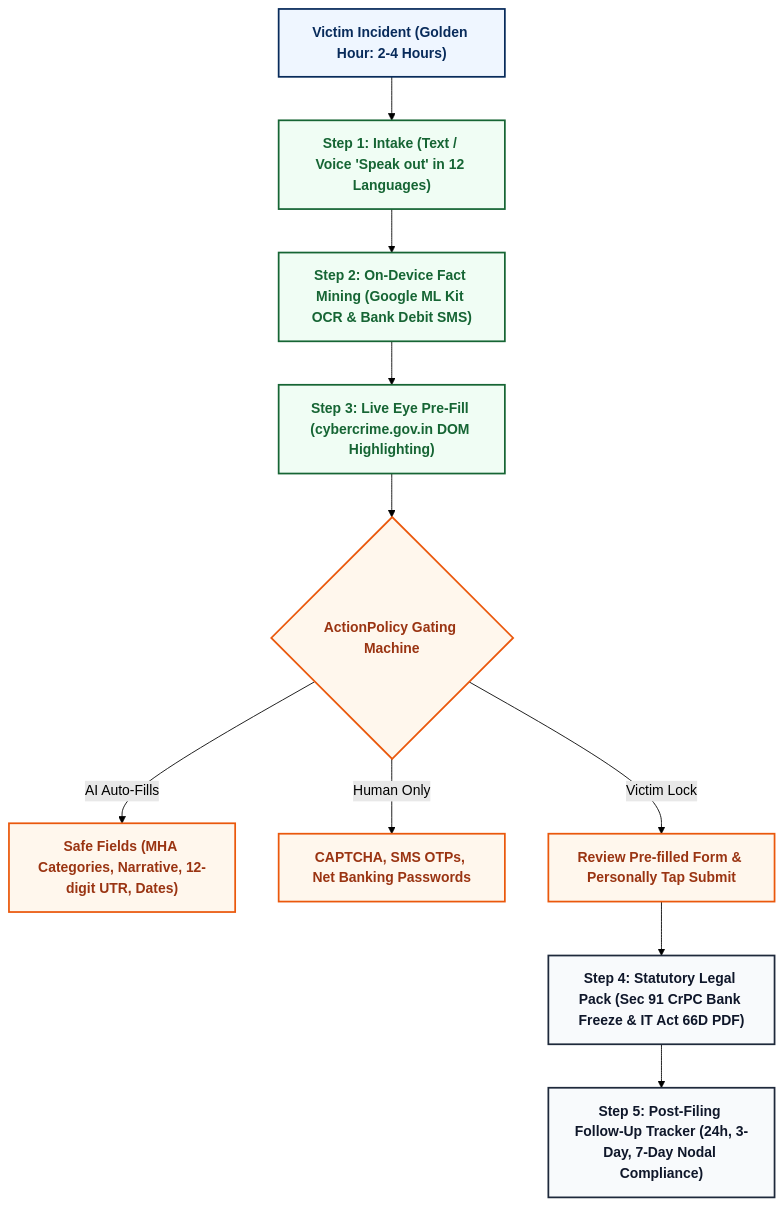
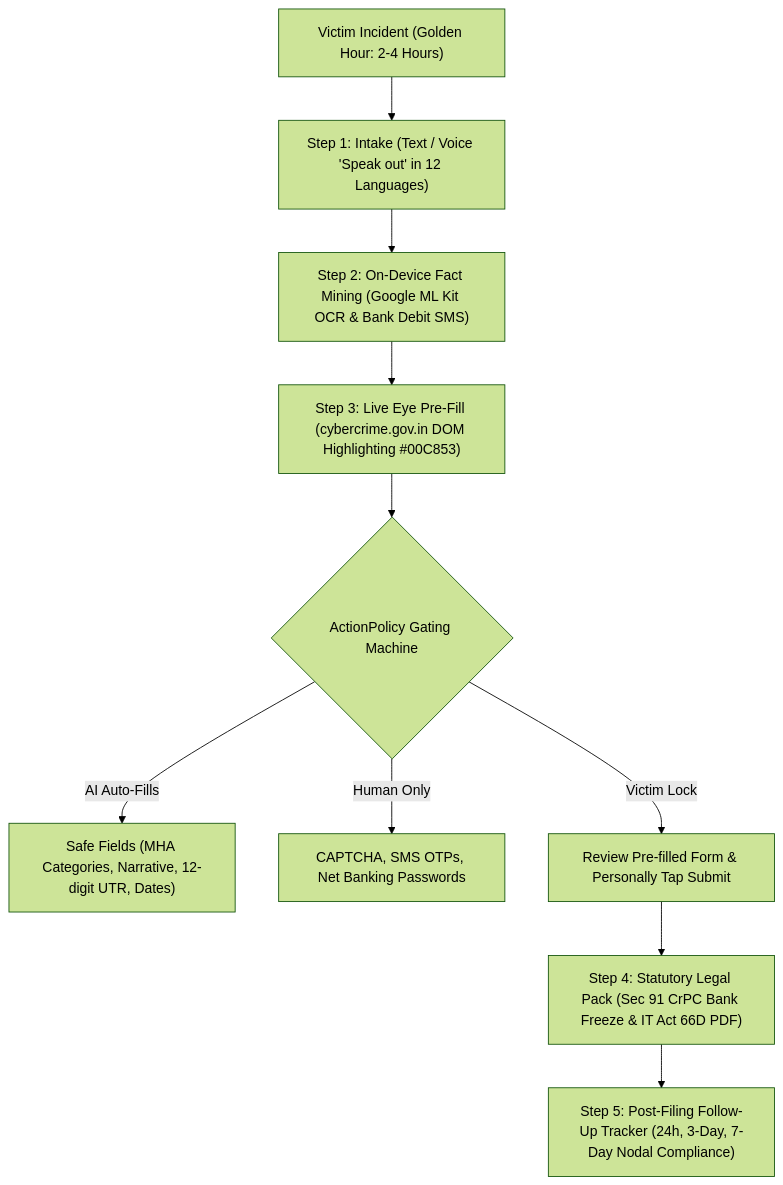
The first of 3 diagrams in README.md (vijjada/cyber-victim-assistant), drawn with Mermaid (forest theme) before and after one commit.

Commit message:
docs: revert workflow diagram styling to original old version

````diff
--- a/README.md
+++ b/README.md
@@ -41,22 +41,12 @@
 ```mermaid
 flowchart TD
-    classDef startNode fill:#EFF6FF,stroke:#082B5B,stroke-width:2px,color:#082B5B,font-weight:bold;
-    classDef stepNode fill:#F0FDF4,stroke:#166534,stroke-width:2px,color:#166534,font-weight:bold;
-    classDef gateNode fill:#FFF7ED,stroke:#EA580C,stroke-width:2px,color:#9A3412,font-weight:bold;
-    classDef legalNode fill:#F8FAFC,stroke:#1E293B,stroke-width:2px,color:#0F172A,font-weight:bold;
-
     A["Victim Incident (Golden Hour: 2-4 Hours)"] --> B["Step 1: Intake (Text / Voice 'Speak out' in 12 Languages)"]
     B --> C["Step 2: On-Device Fact Mining (Google ML Kit OCR & Bank Debit SMS)"]
-    C --> D["Step 3: Live Eye Pre-Fill (cybercrime.gov.in DOM Highlighting)"]
+    C --> D["Step 3: Live Eye Pre-Fill (cybercrime.gov.in DOM Highlighting #00C853)"]
     D --> E{"ActionPolicy Gating Machine"}
     E -->|"AI Auto-Fills"| F["Safe Fields (MHA Categories, Narrative, 12-digit UTR, Dates)"]
     E -->|"Human Only"| G["CAPTCHA, SMS OTPs, Net Banking Passwords"]
     E -->|"Victim Lock"| H["Review Pre-filled Form & Personally Tap Submit"]
     H --> I["Step 4: Statutory Legal Pack (Sec 91 CrPC Bank Freeze & IT Act 66D PDF)"]
     I --> J["Step 5: Post-Filing Follow-Up Tracker (24h, 3-Day, 7-Day Nodal Compliance)"]
-
-    class A startNode;
-    class B,C,D stepNode;
-    class E,F,G,H gateNode;
-    class I,J legalNode;
 ```
````
